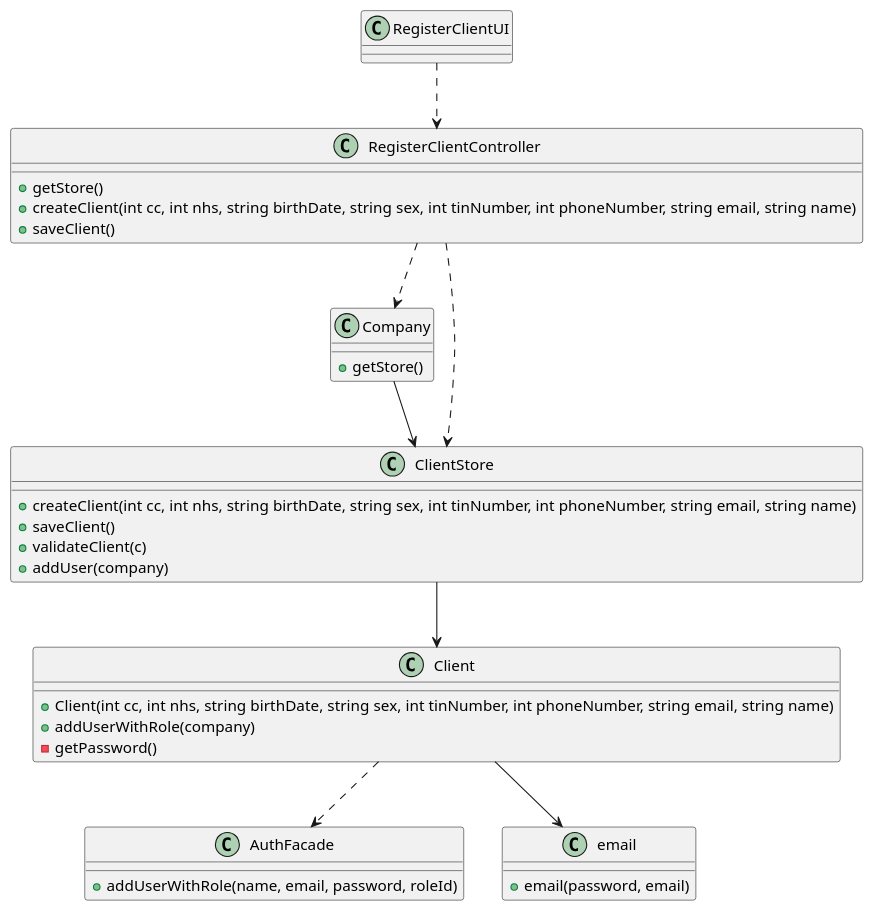
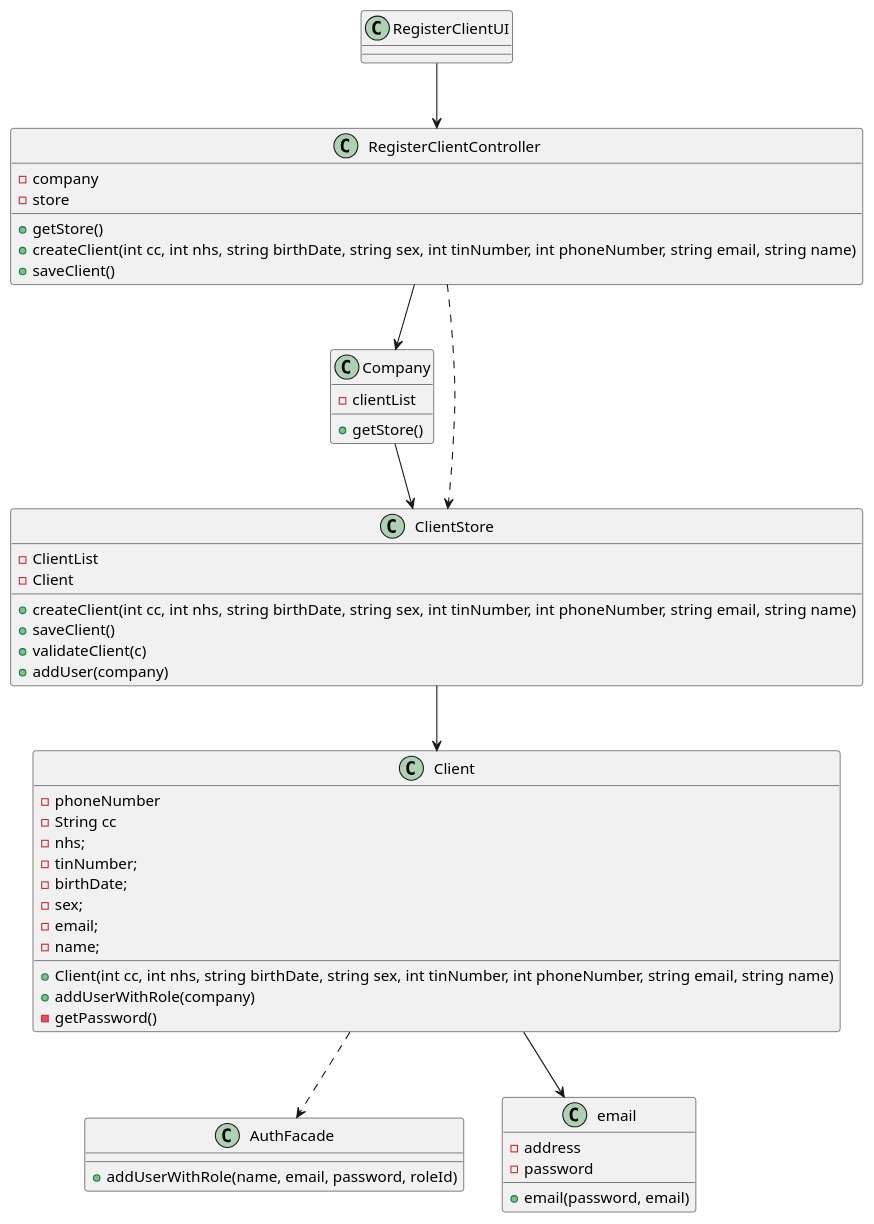
The diagram in docs/SprintB/US03/US3_CD.puml (MarianaCLages/LAPR2), drawn with PlantUML before and after one commit. The commit also changed 11 other files, not shown here.

Commit message:
Updates on classes diagrams

```diff
--- a/docs/SprintB/US03/US3_CD.puml
+++ b/docs/SprintB/US03/US3_CD.puml
@@ -1,47 +1,62 @@
 @startuml
 
 class RegisterClientUI{
 }
 
 class RegisterClientController{
+    - company
+    - store
     + getStore()
     + createClient(int cc, int nhs, string birthDate, string sex, int tinNumber, int phoneNumber, string email, string name)
     + saveClient()
 }
 
 class AuthFacade{
     + addUserWithRole(name, email, password, roleId)
 }
 
 
 class Company{
+    - clientList
     + getStore()
 }
 
 class Client{
+    -phoneNumber
+    -String cc
+    -nhs;
+    -tinNumber;
+    -birthDate;
+    -sex;
+    -email;
+    -name;
     + Client(int cc, int nhs, string birthDate, string sex, int tinNumber, int phoneNumber, string email, string name)
     + addUserWithRole(company)
     - getPassword()
 
 }
 
 class ClientStore{
+    - ClientList
+    - Client
     + createClient(int cc, int nhs, string birthDate, string sex, int tinNumber, int phoneNumber, string email, string name)
     + saveClient()
     + validateClient(c)
     + addUser(company)
 }
 
 class email{
-+email(password, email)
+    -address
+    -password
+    +email(password, email)
 }
 
 Client --> email
-RegisterClientUI ..> RegisterClientController
-RegisterClientController ..> Company
+RegisterClientUI --> RegisterClientController
+RegisterClientController --> Company
 RegisterClientController ..> ClientStore
 Company --> ClientStore
 
 ClientStore --> Client
 Client ..> AuthFacade
 @enduml
```
